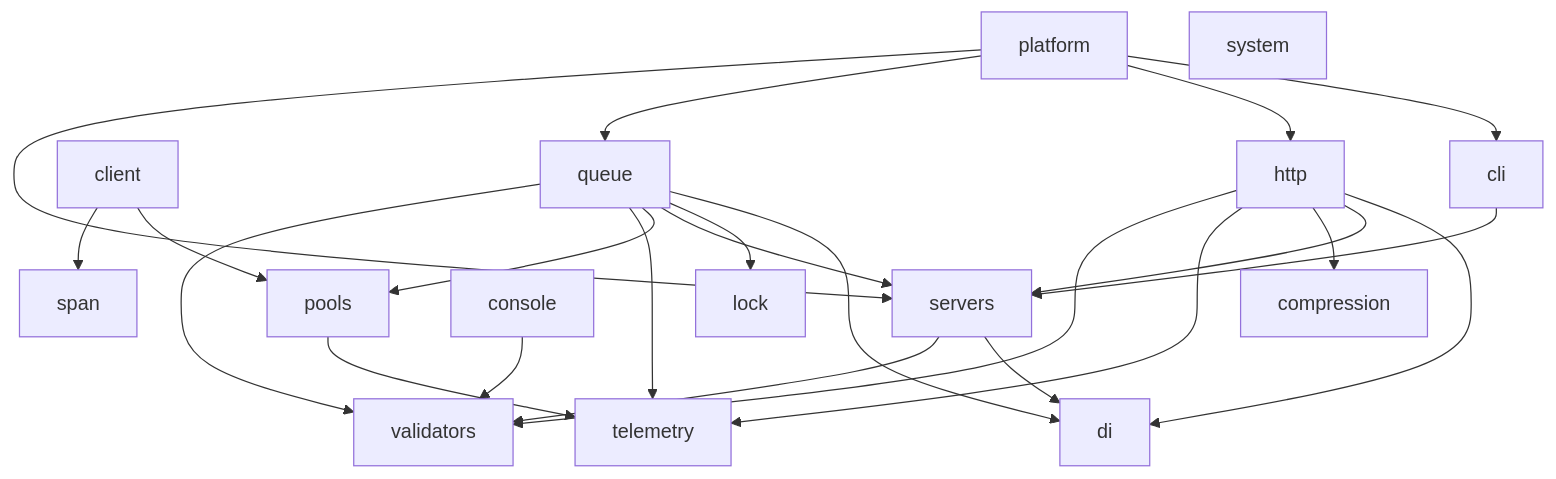
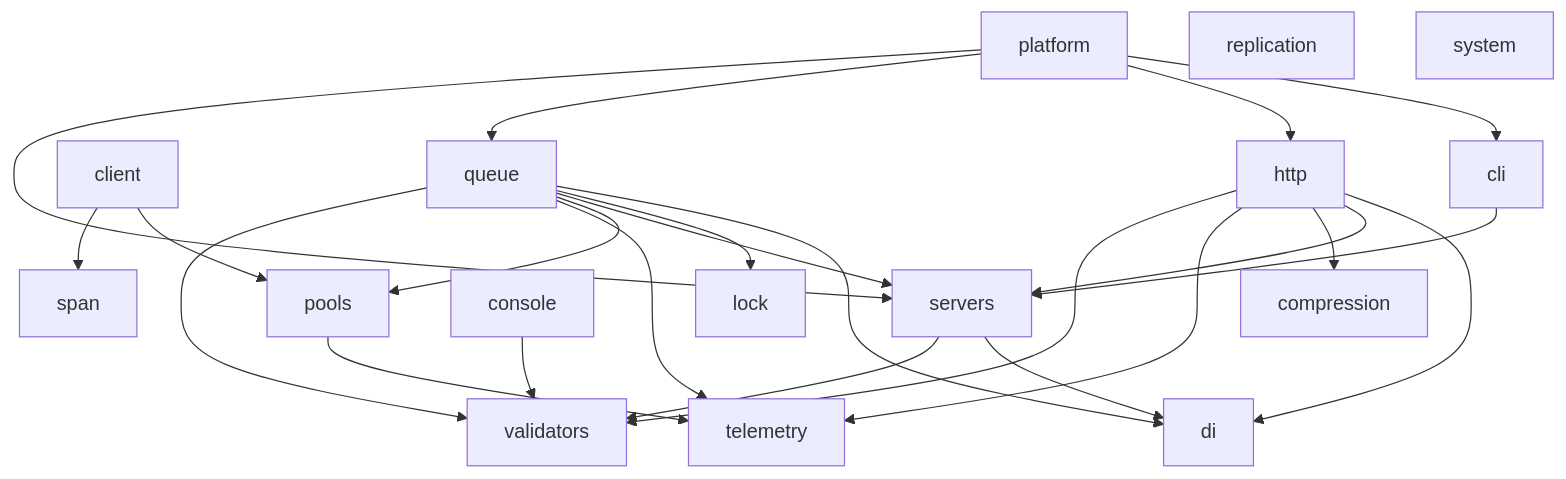
Before and after one commit to utopia-php/monorepo: the diagram in README.md, drawn with Mermaid. The commit also changed 22 other files, not shown here.

````diff
--- a/README.md
+++ b/README.md
@@ -46,26 +46,27 @@
 ```mermaid
 graph TD
     cli --> servers
     client --> pools
     client --> span
     console --> validators
     http --> di
     http --> servers
     http --> compression
     http --> telemetry
     http --> validators
     platform --> cli
     platform --> http
     platform --> queue
     platform --> servers
     pools --> telemetry
     queue --> di
     queue --> lock
     queue --> servers
     queue --> pools
     queue --> telemetry
     queue --> validators
     servers --> di
     servers --> validators
+    replication
     system
 ```
````
